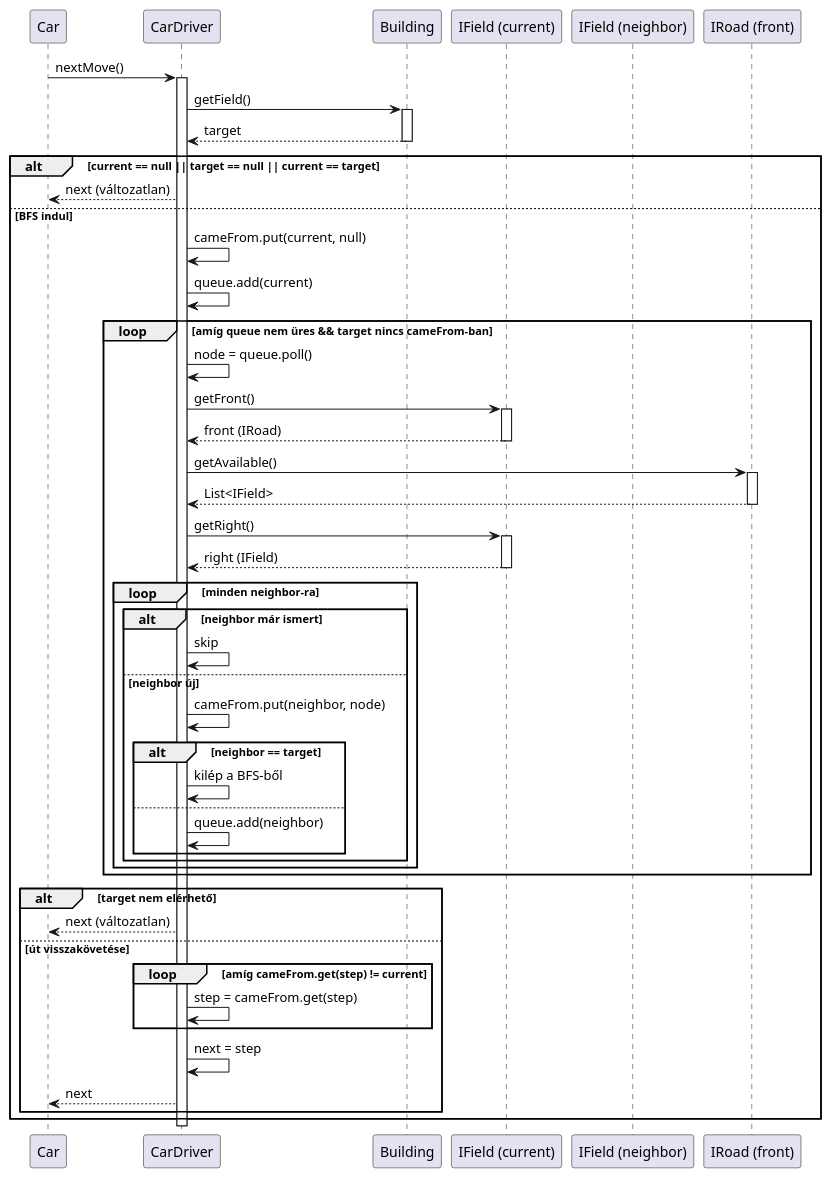
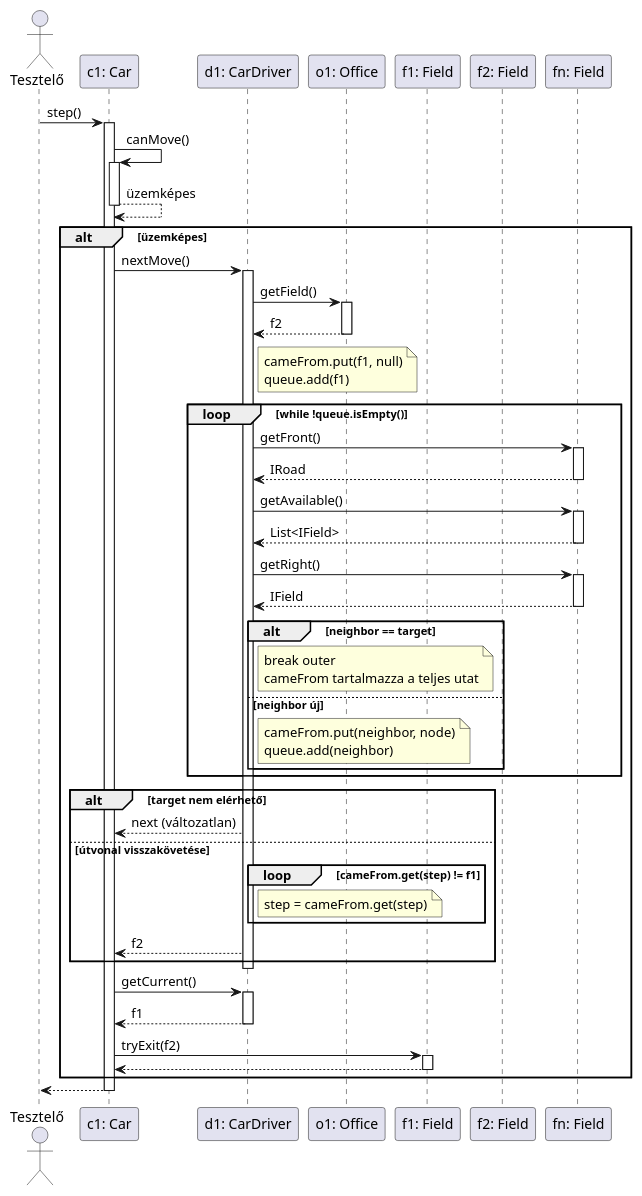
One commit to uhrinandor/spring changed the diagram in docs/skeleton-v2/stepcar/carroadcalculate.plantuml. Above: the diagram before and after it, drawn with PlantUML. The commit also changed 1 other file, not shown here.

Commit message:
fixed diagrams

```diff
--- a/docs/skeleton-v2/stepcar/carroadcalculate.plantuml
+++ b/docs/skeleton-v2/stepcar/carroadcalculate.plantuml
@@ -1,67 +1,83 @@
-@startuml
-participant "Car" as Car
-participant "CarDriver" as CarDriver
-participant "Building" as Building
-participant "IField (current)" as Current
-participant "IField (neighbor)" as Neighbor
-participant "IRoad (front)" as Front
+@startuml StepCarBFS
 
-Car -> CarDriver : nextMove()
-activate CarDriver
+actor "Tesztelő" as tester
+participant "c1: Car" as car
+participant "d1: CarDriver" as driver
+participant "o1: Office" as dest
+participant "f1: Field" as f1
+participant "f2: Field" as f2
+participant "fn: Field" as fn
 
-CarDriver -> Building : getField()
-activate Building
-Building --> CarDriver : target
-deactivate Building
+tester -> car: step()
+activate car
+car -> car: canMove()
+activate car
+'Skeleton.askInt("Meddig van még lerobbanva?")'
+car --> car: üzemképes
+deactivate car
+alt üzemképes
+    car -> driver: nextMove()
+    activate driver
 
-alt current == null || target == null || current == target
-    CarDriver --> Car : next (változatlan)
-else BFS indul
-    CarDriver -> CarDriver : cameFrom.put(current, null)
-    CarDriver -> CarDriver : queue.add(current)
+    driver -> dest: getField()
+    activate dest
+    dest --> driver: f2
+    deactivate dest
 
-    loop amíg queue nem üres && target nincs cameFrom-ban
-        CarDriver -> CarDriver : node = queue.poll()
+    note right of driver
+      cameFrom.put(f1, null)
+      queue.add(f1)
+    end note
 
-        CarDriver -> Current : getFront()
-        activate Current
-        Current --> CarDriver : front (IRoad)
-        deactivate Current
+    loop while !queue.isEmpty()
+        driver -> fn: getFront()
+        activate fn
+        fn --> driver: IRoad
+        deactivate fn
+        driver -> fn: getAvailable()
+        activate fn
+        fn --> driver: List<IField>
+        deactivate fn
+        driver -> fn: getRight()
+        activate fn
+        fn --> driver: IField
+        deactivate fn
 
-        CarDriver -> Front : getAvailable()
-        activate Front
-        Front --> CarDriver : List<IField>
-        deactivate Front
-
-        CarDriver -> Current : getRight()
-        activate Current
-        Current --> CarDriver : right (IField)
-        deactivate Current
-
-        loop minden neighbor-ra
-            alt neighbor már ismert
-                CarDriver -> CarDriver : skip
-            else neighbor új
-                CarDriver -> CarDriver : cameFrom.put(neighbor, node)
-                alt neighbor == target
-                    CarDriver -> CarDriver : kilép a BFS-ből
-                else
-                    CarDriver -> CarDriver : queue.add(neighbor)
-                end
-            end
+        alt neighbor == target
+            note right of driver
+              break outer
+              cameFrom tartalmazza a teljes utat
+            end note
+        else neighbor új
+            note right of driver
+              cameFrom.put(neighbor, node)
+              queue.add(neighbor)
+            end note
         end
     end
 
     alt target nem elérhető
-        CarDriver --> Car : next (változatlan)
-    else út visszakövetése
-        loop amíg cameFrom.get(step) != current
-            CarDriver -> CarDriver : step = cameFrom.get(step)
+        driver --> car: next (változatlan)
+    else útvonal visszakövetése
+        loop cameFrom.get(step) != f1
+            note right of driver
+              step = cameFrom.get(step)
+            end note
         end
-        CarDriver -> CarDriver : next = step
-        CarDriver --> Car : next
+        driver --> car: f2
     end
+    deactivate driver
+
+    car -> driver: getCurrent()
+    activate driver
+    driver --> car: f1
+    deactivate driver
+    car -> f1: tryExit(f2)
+    activate f1
+    f1 --> car:
+    deactivate f1
 end
+car --> tester:
+deactivate car
 
-deactivate CarDriver
 @enduml
```
